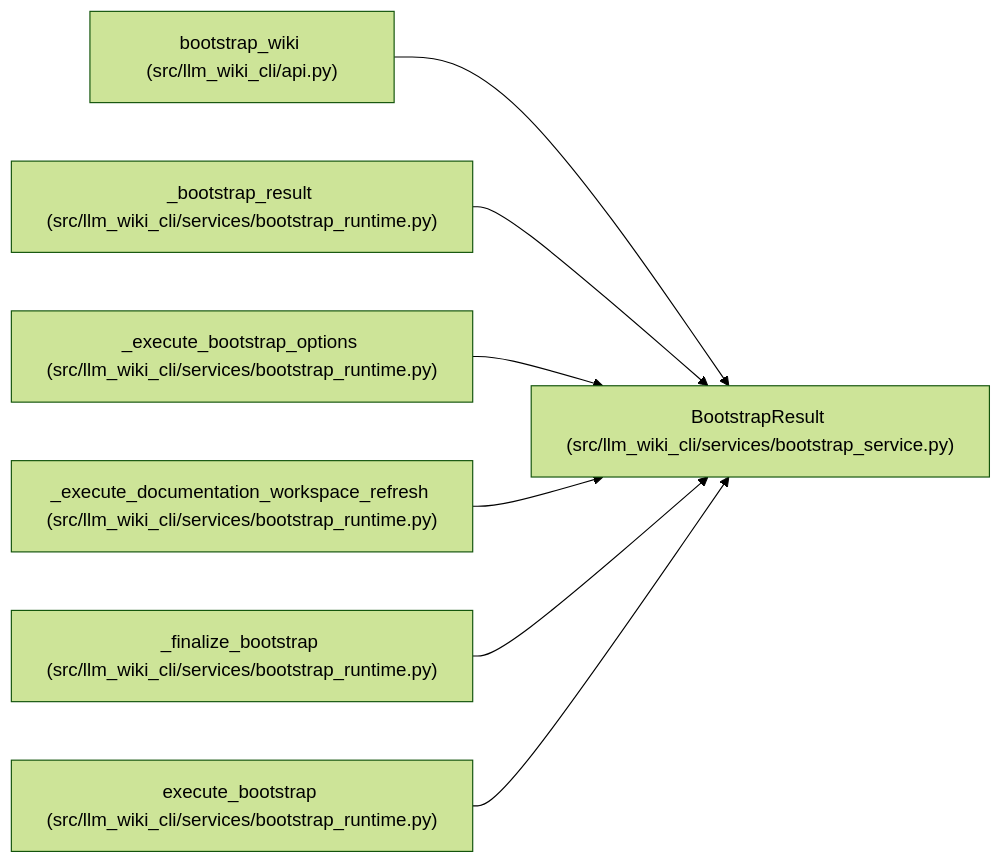
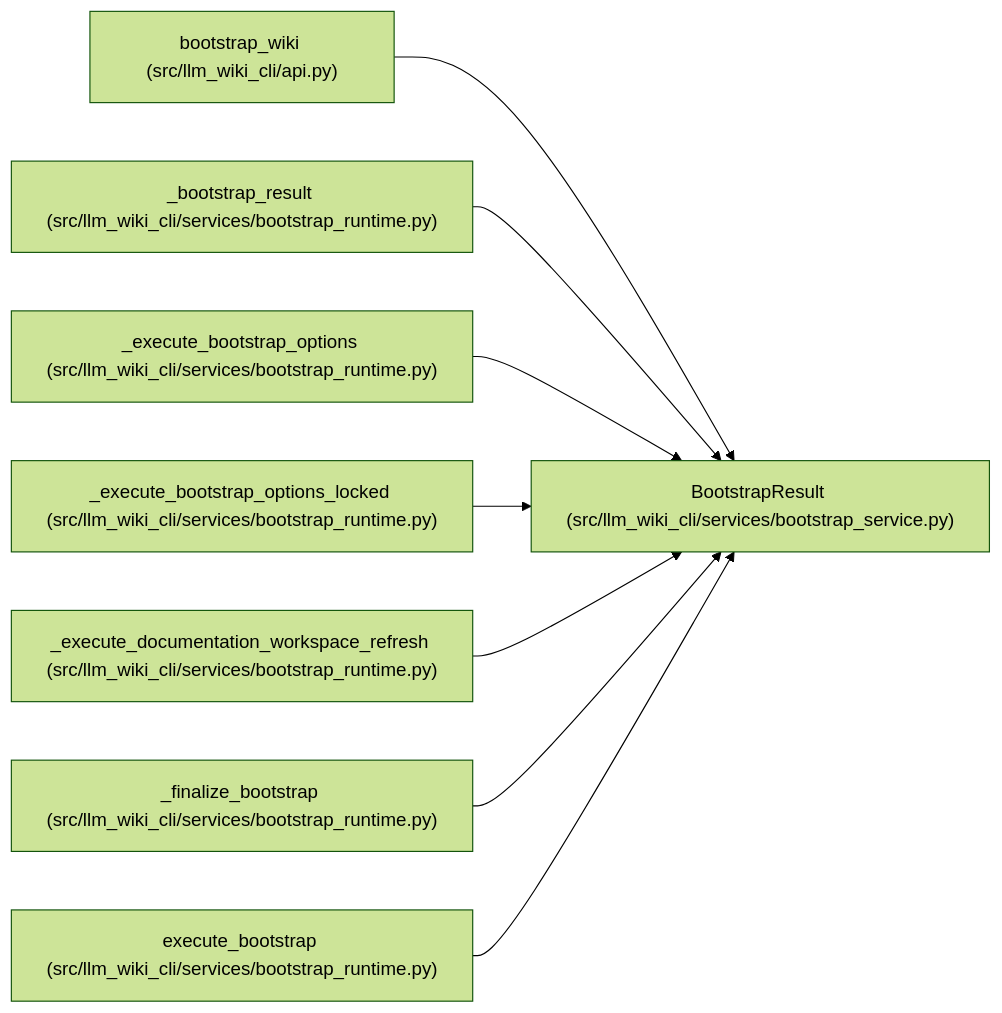
Before and after one commit to Denissvgn/python-wiki-llm: the diagram in docs/llm_wiki/entities/BootstrapResult.md, drawn with Mermaid (forest theme). The commit also changed other lines of this file and 1410 other files, not shown here.

````diff
--- a/docs/llm_wiki/entities/BootstrapResult.md
+++ b/docs/llm_wiki/entities/BootstrapResult.md
@@ -34,23 +34,26 @@
 ```mermaid
 flowchart LR
     n0["BootstrapResult (src/llm_wiki_cli/services/bootstrap_service.py)"]
     n1["bootstrap_wiki (src/llm_wiki_cli/api.py)"]
     n2["_bootstrap_result (src/llm_wiki_cli/services/bootstrap_runtime.py)"]
     n3["_execute_bootstrap_options (src/llm_wiki_cli/services/bootstrap_runtime.py)"]
-    n4["_execute_documentation_workspace_refresh (src/llm_wiki_cli/services/bootstrap_runtime.py)"]
-    n5["_finalize_bootstrap (src/llm_wiki_cli/services/bootstrap_runtime.py)"]
-    n6["execute_bootstrap (src/llm_wiki_cli/services/bootstrap_runtime.py)"]
+    n4["_execute_bootstrap_options_locked (src/llm_wiki_cli/services/bootstrap_runtime.py)"]
+    n5["_execute_documentation_workspace_refresh (src/llm_wiki_cli/services/bootstrap_runtime.py)"]
+    n6["_finalize_bootstrap (src/llm_wiki_cli/services/bootstrap_runtime.py)"]
+    n7["execute_bootstrap (src/llm_wiki_cli/services/bootstrap_runtime.py)"]
     n1 --> n0
     n2 --> n0
     n3 --> n0
     n4 --> n0
     n5 --> n0
     n6 --> n0
+    n7 --> n0
     click n0 "../modules/bootstrap_service.md"
     click n1 "../modules/api.md"
     click n2 "../modules/bootstrap_runtime.md"
     click n3 "../modules/bootstrap_runtime.md"
     click n4 "../modules/bootstrap_runtime.md"
     click n5 "../modules/bootstrap_runtime.md"
     click n6 "../modules/bootstrap_runtime.md"
+    click n7 "../modules/bootstrap_runtime.md"
 ```
````
